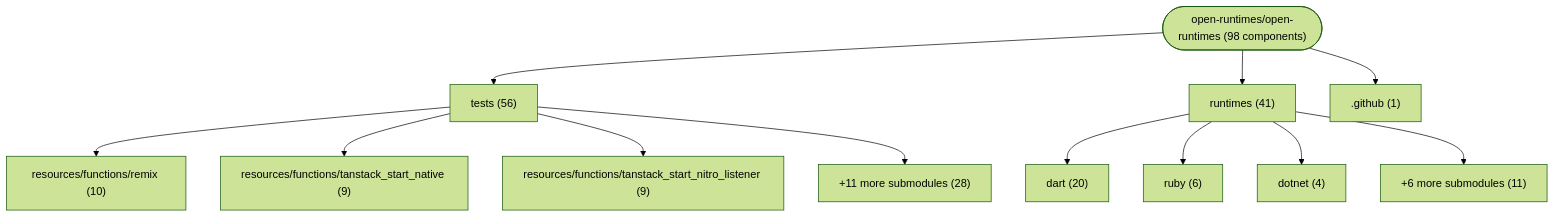
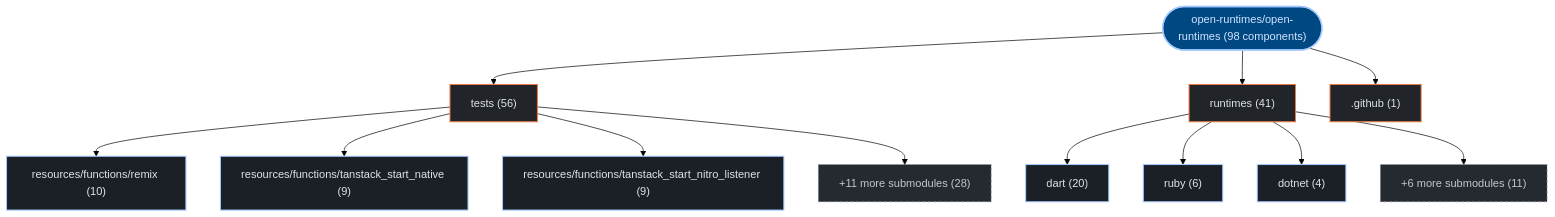
Before and after one commit to kumarshaz/atruss-code-atlas: the first of 3 diagrams in exports/latest/reports/open-runtimes-open-runtimes-report.md, drawn with Mermaid (forest theme). The commit also changed other lines of this file and 331 other files, not shown here.

Commit message:
docs,ui,fix: update SDLC docs, reorder CI/CD DAG first, stylize Mermaid, and fix Arc42 pipeline topology

````diff
--- a/exports/latest/reports/open-runtimes-open-runtimes-report.md
+++ b/exports/latest/reports/open-runtimes-open-runtimes-report.md
@@ -42,26 +42,33 @@
 ```mermaid
 graph TD;
-    repo_root(["open-runtimes/open-runtimes (98 components)"])
-    dir_0_tests["tests (56)"]
+  classDef atlasRoot fill:#004882,stroke:#a3c9ff,stroke-width:2px,color:#d3e4ff
+  classDef atlasCategory fill:#212428,stroke:#E87A48,stroke-width:1.5px,color:#dfe3eb
+  classDef atlasWorkflow fill:#1b2026,stroke:#a3c9ff,stroke-width:1.5px,color:#dfe3eb
+  classDef atlasJob fill:#171c22,stroke:#8d9199,stroke-width:1px,color:#dfe3eb
+  classDef atlasTarget fill:#005227,stroke:#8bd99b,stroke-width:1.5px,color:#a7f6b6
+  classDef atlasAlert fill:#93000a,stroke:#ffb4ab,stroke-width:1.5px,color:#ffdad6
+  classDef atlasMore fill:#252a31,stroke:#8d9199,stroke-dasharray:4 4,color:#c3c6cf
+    repo_root(["open-runtimes/open-runtimes (98 components)"]):::atlasRoot
+    dir_0_tests["tests (56)"]:::atlasCategory
     repo_root --> dir_0_tests
-    sub_0_0_resources_functions_remix["resources/functions/remix (10)"]
+    sub_0_0_resources_functions_remix["resources/functions/remix (10)"]:::atlasWorkflow
     dir_0_tests --> sub_0_0_resources_functions_remix
-    sub_0_1_resources_functions_tanstack_start_native["resources/functions/tanstack_start_native (9)"]
+    sub_0_1_resources_functions_tanstack_start_native["resources/functions/tanstack_start_native (9)"]:::atlasWorkflow
     dir_0_tests --> sub_0_1_resources_functions_tanstack_start_native
-    sub_0_2_resources_functions_tanstack_start_nitro_listener["resources/functions/tanstack_start_nitro_listener (9)"]
+    sub_0_2_resources_functions_tanstack_start_nitro_listener["resources/functions/tanstack_start_nitro_listener (9)"]:::atlasWorkflow
     dir_0_tests --> sub_0_2_resources_functions_tanstack_start_nitro_listener
-    sub_0_more["+11 more submodules (28)"]
+    sub_0_more["+11 more submodules (28)"]:::atlasMore
     dir_0_tests --> sub_0_more
-    dir_1_runtimes["runtimes (41)"]
+    dir_1_runtimes["runtimes (41)"]:::atlasCategory
     repo_root --> dir_1_runtimes
-    sub_1_0_dart["dart (20)"]
+    sub_1_0_dart["dart (20)"]:::atlasWorkflow
     dir_1_runtimes --> sub_1_0_dart
-    sub_1_1_ruby["ruby (6)"]
+    sub_1_1_ruby["ruby (6)"]:::atlasWorkflow
     dir_1_runtimes --> sub_1_1_ruby
-    sub_1_2_dotnet["dotnet (4)"]
+    sub_1_2_dotnet["dotnet (4)"]:::atlasWorkflow
     dir_1_runtimes --> sub_1_2_dotnet
-    sub_1_more["+6 more submodules (11)"]
+    sub_1_more["+6 more submodules (11)"]:::atlasMore
     dir_1_runtimes --> sub_1_more
-    dir_2__github[".github (1)"]
+    dir_2__github[".github (1)"]:::atlasCategory
     repo_root --> dir_2__github
 ```
````
